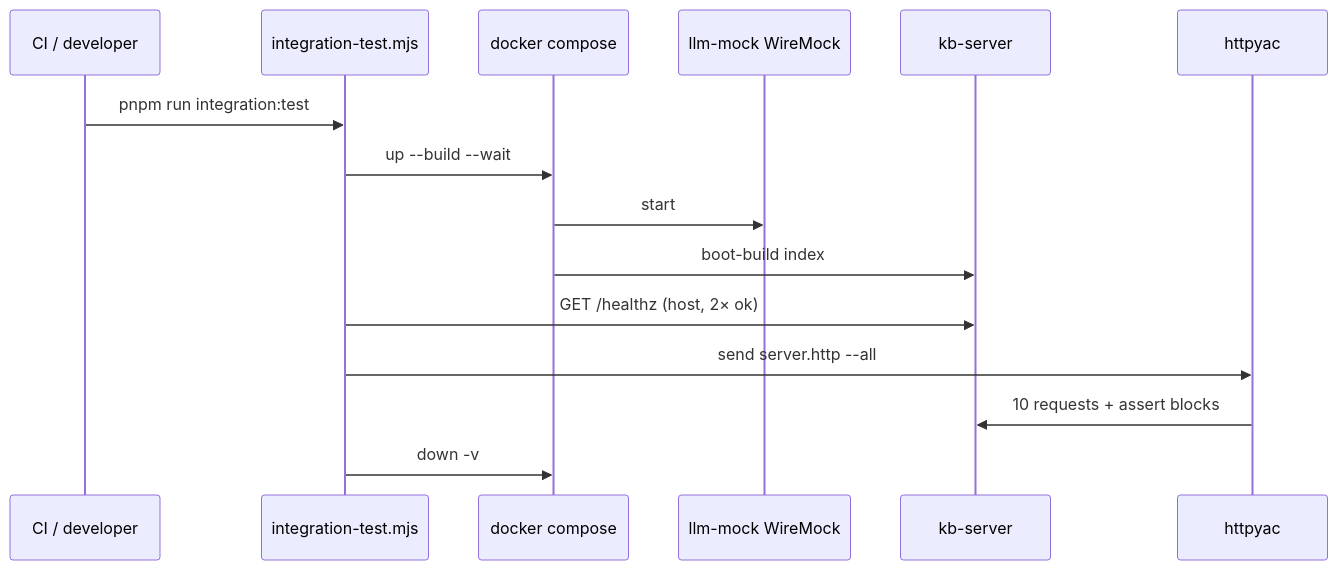
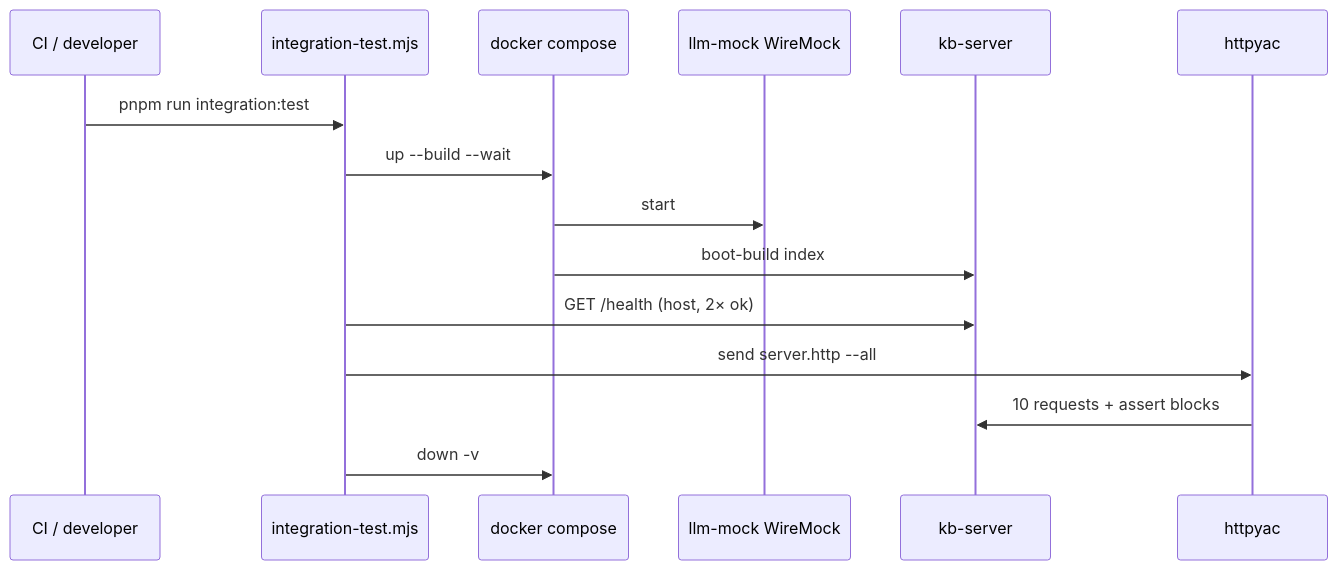
The diagram in packages/kb-server/http/HTTP.md (rosenjcb/kb), drawn with Mermaid before and after one commit. The commit also changed other lines of this file and 14 other files, not shown here.

````diff
--- a/packages/kb-server/http/HTTP.md
+++ b/packages/kb-server/http/HTTP.md
@@ -16,18 +16,18 @@
 ```mermaid
 sequenceDiagram
   participant CI as CI / developer
   participant Runner as integration-test.mjs
   participant Docker as docker compose
   participant Mock as llm-mock WireMock
   participant KB as kb-server
   participant Yac as httpyac
 
   CI->>Runner: pnpm run integration:test
   Runner->>Docker: up --build --wait
   Docker->>Mock: start
   Docker->>KB: boot-build index
-  Runner->>KB: GET /healthz (host, 2× ok)
+  Runner->>KB: GET /health (host, 2× ok)
   Runner->>Yac: send server.http --all
   Yac->>KB: 10 requests + assert blocks
   Runner->>Docker: down -v
 ```
````
